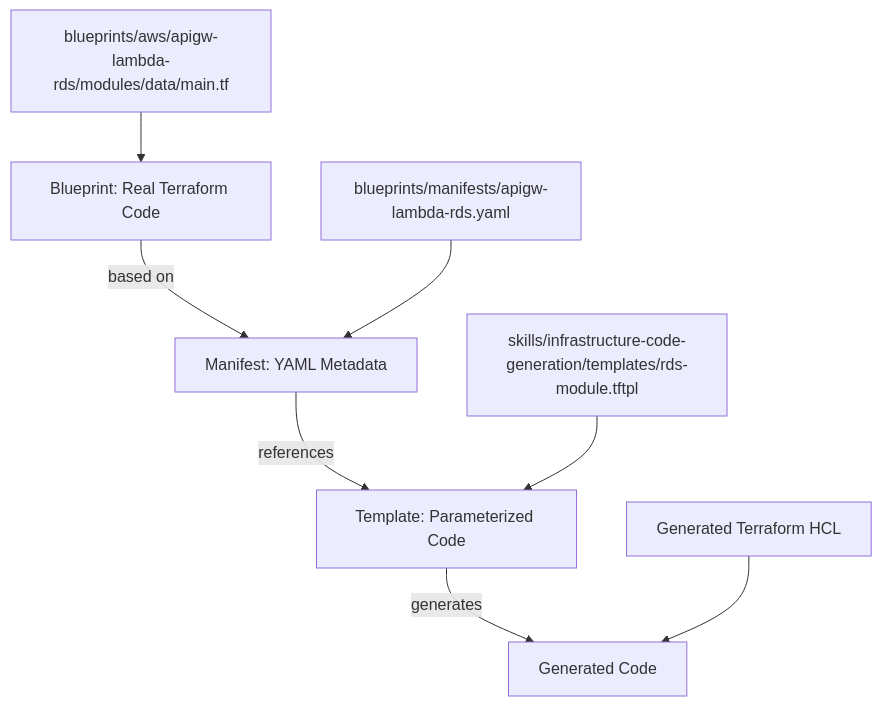
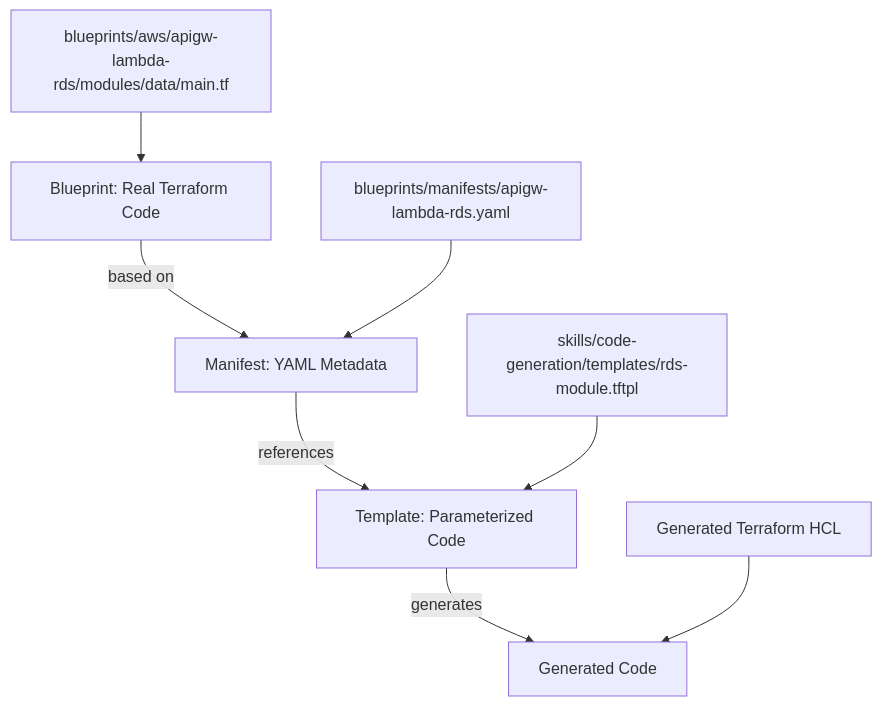
Before and after one commit to berTrindade/terraform-infrastructure-blueprints: the first of 3 diagrams in docs/manifests-and-templates.md, drawn with Mermaid. The commit also changed other lines of this file and 88 other files, not shown here.

````diff
--- a/docs/manifests-and-templates.md
+++ b/docs/manifests-and-templates.md
@@ -7,11 +7,11 @@
 ```mermaid
 graph TD
     A[Blueprint: Real Terraform Code] -->|based on| B[Manifest: YAML Metadata]
     B -->|references| C[Template: Parameterized Code]
     C -->|generates| D[Generated Code]
     
     A1[blueprints/aws/apigw-lambda-rds/modules/data/main.tf] --> A
     B1[blueprints/manifests/apigw-lambda-rds.yaml] --> B
-    C1[skills/infrastructure-code-generation/templates/rds-module.tftpl] --> C
+    C1[skills/code-generation/templates/rds-module.tftpl] --> C
     D1[Generated Terraform HCL] --> D
 ```
````
